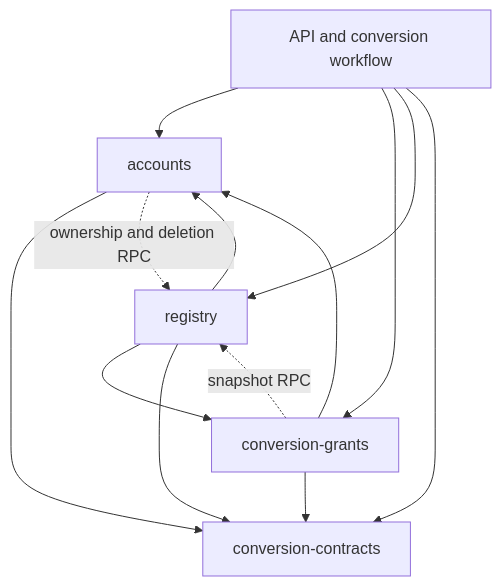
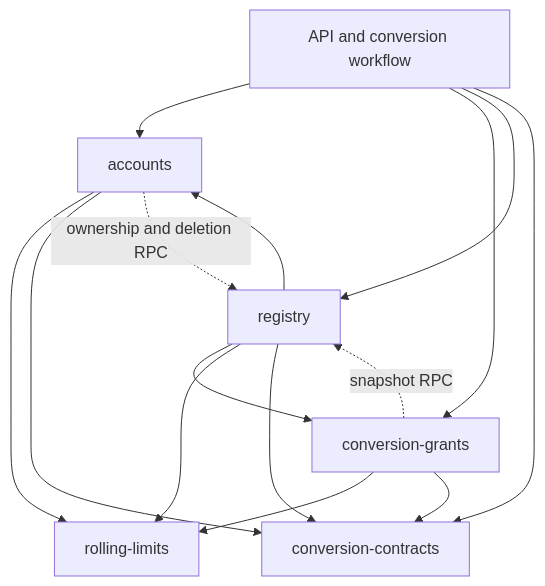
Before and after one commit to patricktree/cup: the second of 2 diagrams in docs/architecture/README.md, drawn with Mermaid. The commit also changed other lines of this file and 26 other files, not shown here.

First line of the commit message:
refactor(rolling-limits): move the rate limiter out of accounts into its own library

````diff
--- a/docs/architecture/README.md
+++ b/docs/architecture/README.md
@@ -62,15 +62,17 @@
 ```mermaid
 flowchart TD
     API[API and conversion workflow] --> Accounts[accounts]
     API --> Grants[conversion-grants]
     API --> Registry[registry]
     API --> Contracts[conversion-contracts]
     Registry --> Accounts
     Registry --> Grants
-    Grants --> Accounts
+    Accounts --> Limits[rolling-limits]
+    Grants --> Limits
+    Registry --> Limits
     Accounts --> Contracts
     Grants --> Contracts
     Registry --> Contracts
     Accounts -. ownership and deletion RPC .-> Registry
     Grants -. snapshot RPC .-> Registry
 ```
````
